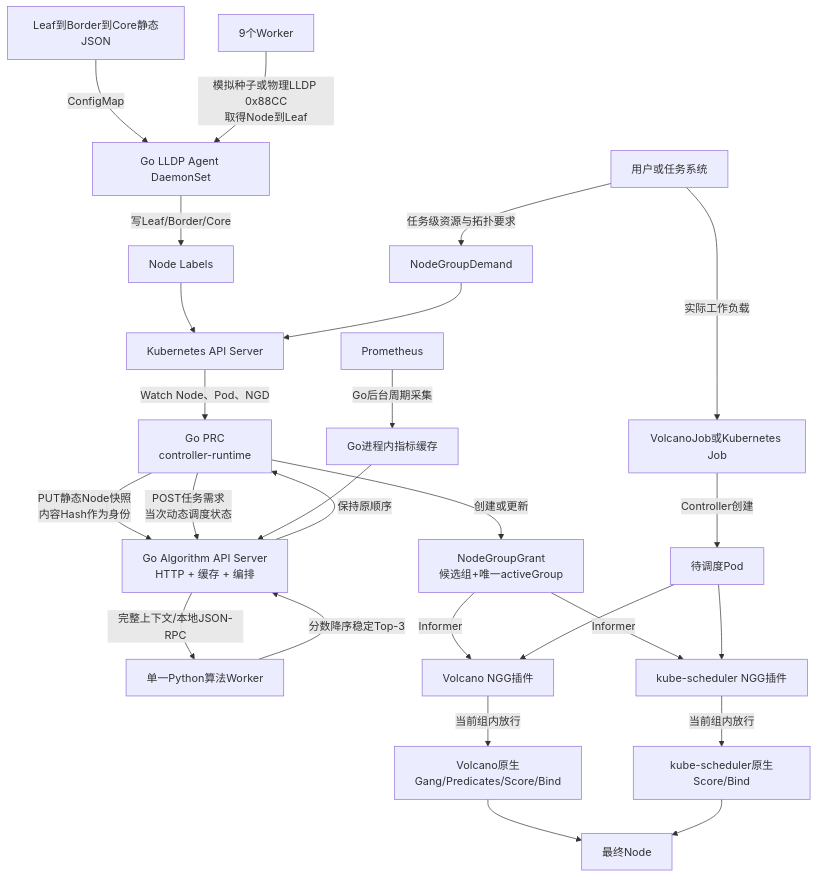
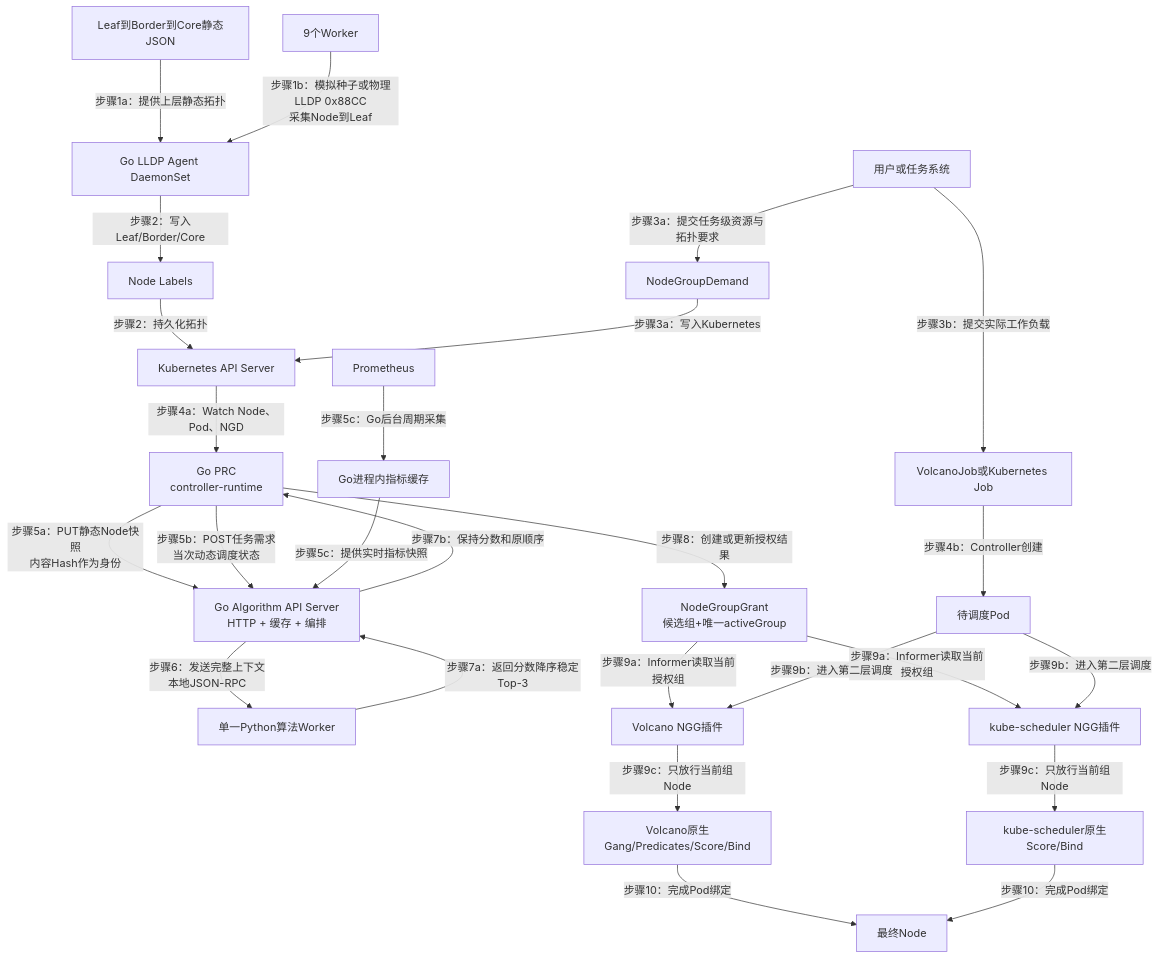
The first of 2 diagrams in docs/从零实现说明.md (ghwdsl-38/ngd-ngg-scheduling), drawn with Mermaid before and after one commit. The commit also changed other lines of this file, not shown here.

Commit message:
docs: number the end-to-end architecture flow

````diff
--- a/docs/从零实现说明.md
+++ b/docs/从零实现说明.md
@@ -16,31 +16,31 @@
 ```mermaid
 flowchart TB
-    STATIC[Leaf到Border到Core静态JSON] -->|ConfigMap| AGENT[Go LLDP Agent DaemonSet]
-    WORKER[9个Worker] -->|模拟种子或物理LLDP 0x88CC<br/>取得Node到Leaf| AGENT
-    AGENT -->|写Leaf/Border/Core| LABEL[Node Labels]
-    USER[用户或任务系统] -->|任务级资源与拓扑要求| NGD[NodeGroupDemand]
-    USER -->|实际工作负载| JOB[VolcanoJob或Kubernetes Job]
+    STATIC[Leaf到Border到Core静态JSON] -->|步骤1a：提供上层静态拓扑| AGENT[Go LLDP Agent DaemonSet]
+    WORKER[9个Worker] -->|步骤1b：模拟种子或物理LLDP 0x88CC<br/>采集Node到Leaf| AGENT
+    AGENT -->|步骤2：写入Leaf/Border/Core| LABEL[Node Labels]
+    USER[用户或任务系统] -->|步骤3a：提交任务级资源与拓扑要求| NGD[NodeGroupDemand]
+    USER -->|步骤3b：提交实际工作负载| JOB[VolcanoJob或Kubernetes Job]
 
-    LABEL --> API[Kubernetes API Server]
-    API -->|Watch Node、Pod、NGD| PRC[Go PRC<br/>controller-runtime]
-    NGD --> API
-    JOB -->|Controller创建| POD[待调度Pod]
+    LABEL -->|步骤2：持久化拓扑| API[Kubernetes API Server]
+    NGD -->|步骤3a：写入Kubernetes| API
+    API -->|步骤4a：Watch Node、Pod、NGD| PRC[Go PRC<br/>controller-runtime]
+    JOB -->|步骤4b：Controller创建| POD[待调度Pod]
 
-    PRC -->|PUT静态Node快照<br/>内容Hash作为身份| ALG[Go Algorithm API Server<br/>HTTP + 缓存 + 编排]
-    PRC -->|POST任务需求<br/>当次动态调度状态| ALG
-    PROM[Prometheus] -->|Go后台周期采集| MCACHE[Go进程内指标缓存]
-    MCACHE --> ALG
-    ALG -->|完整上下文/本地JSON-RPC| PY[单一Python算法Worker]
-    PY -->|分数降序稳定Top-3| ALG
-    ALG -->|保持原顺序| PRC
-    PRC -->|创建或更新| NGG[NodeGroupGrant<br/>候选组+唯一activeGroup]
+    PRC -->|步骤5a：PUT静态Node快照<br/>内容Hash作为身份| ALG[Go Algorithm API Server<br/>HTTP + 缓存 + 编排]
+    PRC -->|步骤5b：POST任务需求<br/>当次动态调度状态| ALG
+    PROM[Prometheus] -->|步骤5c：Go后台周期采集| MCACHE[Go进程内指标缓存]
+    MCACHE -->|步骤5c：提供实时指标快照| ALG
+    ALG -->|步骤6：发送完整上下文<br/>本地JSON-RPC| PY[单一Python算法Worker]
+    PY -->|步骤7a：返回分数降序稳定Top-3| ALG
+    ALG -->|步骤7b：保持分数和原顺序| PRC
+    PRC -->|步骤8：创建或更新授权结果| NGG[NodeGroupGrant<br/>候选组+唯一activeGroup]
 
-    NGG -->|Informer| VP[Volcano NGG插件]
-    NGG -->|Informer| KP[kube-scheduler NGG插件]
-    POD --> VP
-    POD --> KP
-    VP -->|当前组内放行| VN[Volcano原生Gang/Predicates/Score/Bind]
-    KP -->|当前组内放行| KN[kube-scheduler原生Score/Bind]
-    VN --> NODE[最终Node]
-    KN --> NODE
+    NGG -->|步骤9a：Informer读取当前授权组| VP[Volcano NGG插件]
+    NGG -->|步骤9a：Informer读取当前授权组| KP[kube-scheduler NGG插件]
+    POD -->|步骤9b：进入第二层调度| VP
+    POD -->|步骤9b：进入第二层调度| KP
+    VP -->|步骤9c：只放行当前组Node| VN[Volcano原生Gang/Predicates/Score/Bind]
+    KP -->|步骤9c：只放行当前组Node| KN[kube-scheduler原生Score/Bind]
+    VN -->|步骤10：完成Pod绑定| NODE[最终Node]
+    KN -->|步骤10：完成Pod绑定| NODE
 ```
````
